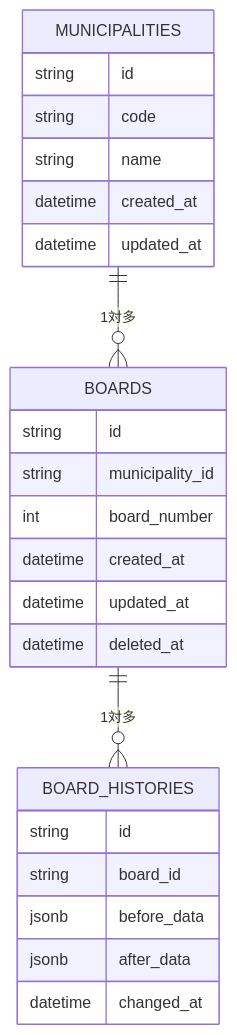
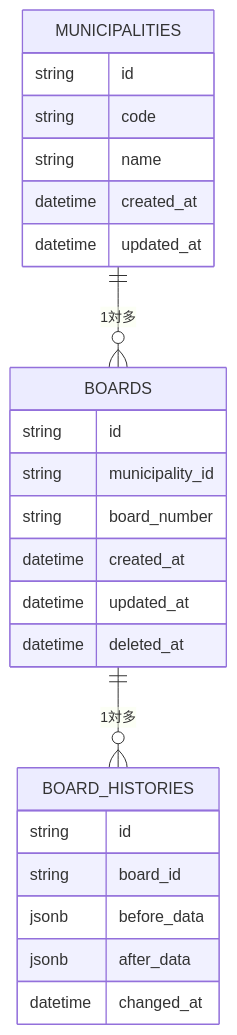
The second of 2 diagrams in docs/poster-board-import.md (team-mirai-volunteer/polister), drawn with Mermaid before and after one commit. The commit also changed other lines of this file and 38 other files, not shown here.

````diff
--- a/docs/poster-board-import.md
+++ b/docs/poster-board-import.md
@@ -59,28 +59,28 @@
 ```mermaid
 erDiagram
   MUNICIPALITIES ||--o{ BOARDS : "1対多"
   BOARDS ||--o{ BOARD_HISTORIES : "1対多"
 
   MUNICIPALITIES {
     string id
     string code
     string name
     datetime created_at
     datetime updated_at
   }
   BOARDS {
     string id
     string municipality_id
-    int board_number
+    string board_number
     datetime created_at
     datetime updated_at
     datetime deleted_at
   }
   BOARD_HISTORIES {
     string id
     string board_id
     jsonb before_data
     jsonb after_data
     datetime changed_at
   }
 ```
````
